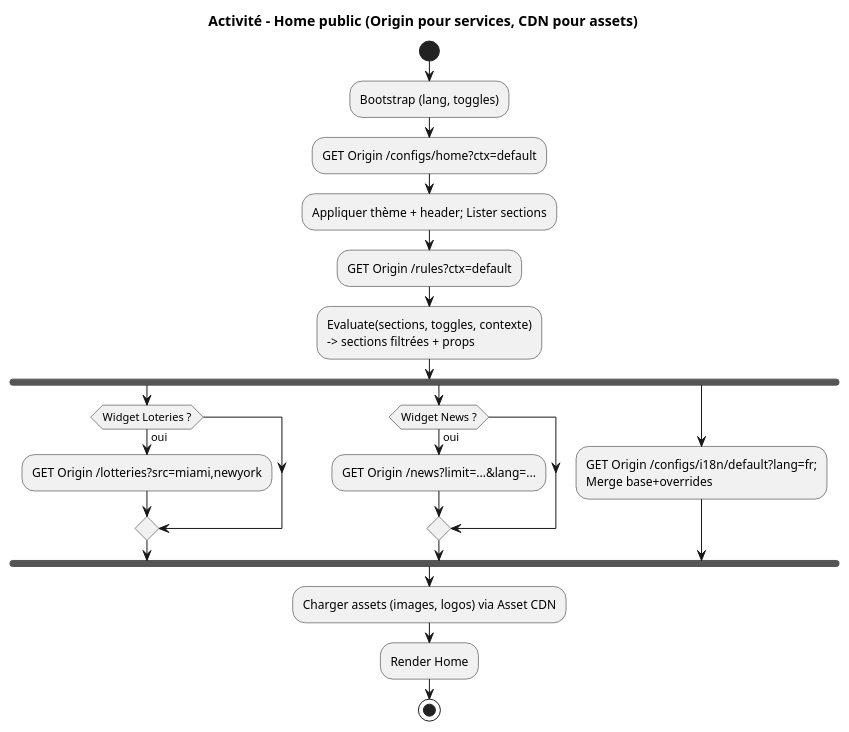
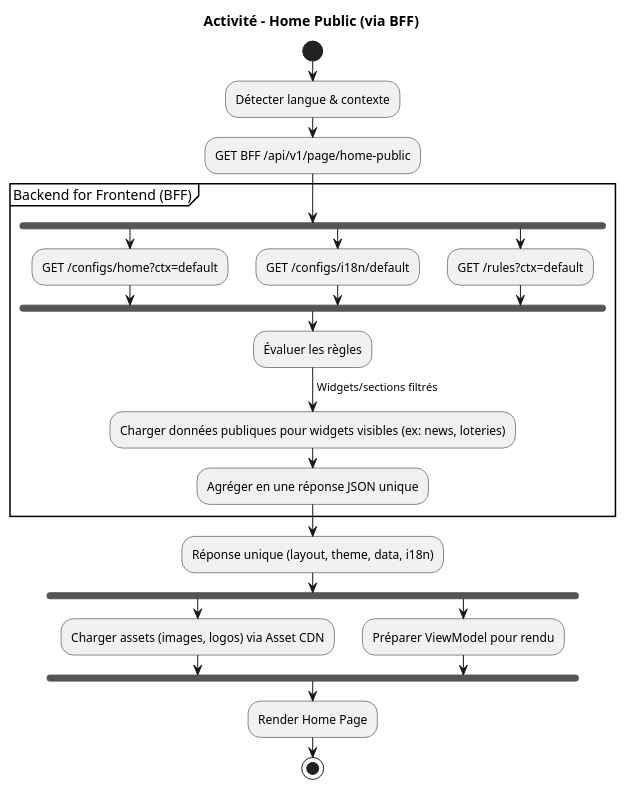
One commit to bhebb/tchalanet changed the diagram in tchalanet-docs/docs/architecture/home_public_page_activity.puml. Above: the diagram before and after it, drawn with PlantUML. The commit also changed 617 other files, not shown here.

Commit message:
feat(web) - header - theme

```diff
--- a/tchalanet-docs/docs/architecture/home_public_page_activity.puml
+++ b/tchalanet-docs/docs/architecture/home_public_page_activity.puml
@@ -1,27 +1,37 @@
 @startuml
-title Activité - Home public (Origin pour services, CDN pour assets)
+title Activité - Home Public (via BFF)
 
 start
-:Bootstrap (lang, toggles);
-:GET Origin /configs/home?ctx=default;
-:Appliquer thème + header; Lister sections;
+:Détecter langue & contexte;
 
-:GET Origin /rules?ctx=default;
-:Evaluate(sections, toggles, contexte)\n-> sections filtrées + props;
+:GET BFF /api/v1/page/home-public;
+
+partition "Backend for Frontend (BFF)" {
+  fork
+    :GET /configs/home?ctx=default;
+  fork again
+    :GET /configs/i18n/default;
+  fork again
+    :GET /rules?ctx=default;
+  end fork
+
+  :Évaluer les règles;
+  -> Widgets/sections filtrés;
+
+  :Charger données publiques pour widgets visibles (ex: news, loteries);
+
+  :Agréger en une réponse JSON unique;
+}
+
+:Réponse unique (layout, theme, data, i18n);
 
 fork
-  if (Widget Loteries ?) then (oui)
-    :GET Origin /lotteries?src=miami,newyork;
-  endif
+  :Charger assets (images, logos) via Asset CDN;
 fork again
-  if (Widget News ?) then (oui)
-    :GET Origin /news?limit=...&lang=...;
-  endif
-fork again
-  :GET Origin /configs/i18n/default?lang=fr;\nMerge base+overrides;
+  :Préparer ViewModel pour rendu;
 end fork
 
-:Charger assets (images, logos) via Asset CDN;
-:Render Home;
+:Render Home Page;
+
 stop
 @enduml
```
